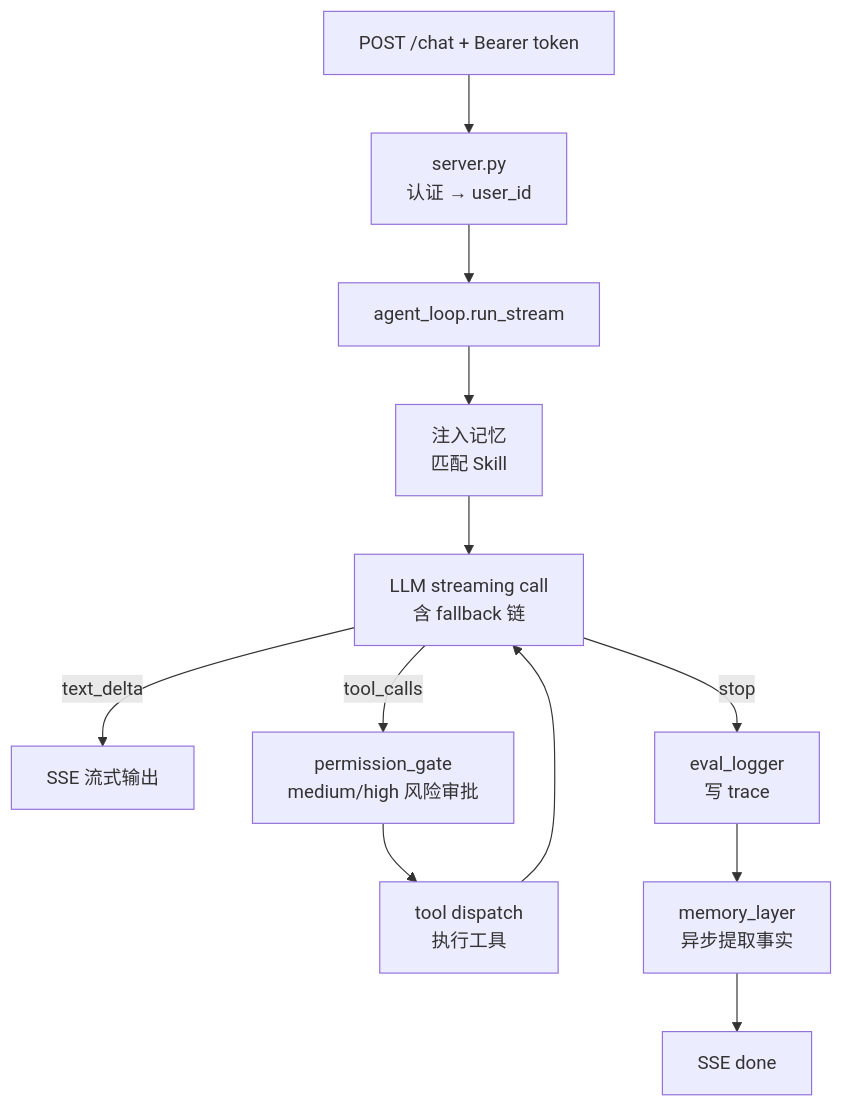
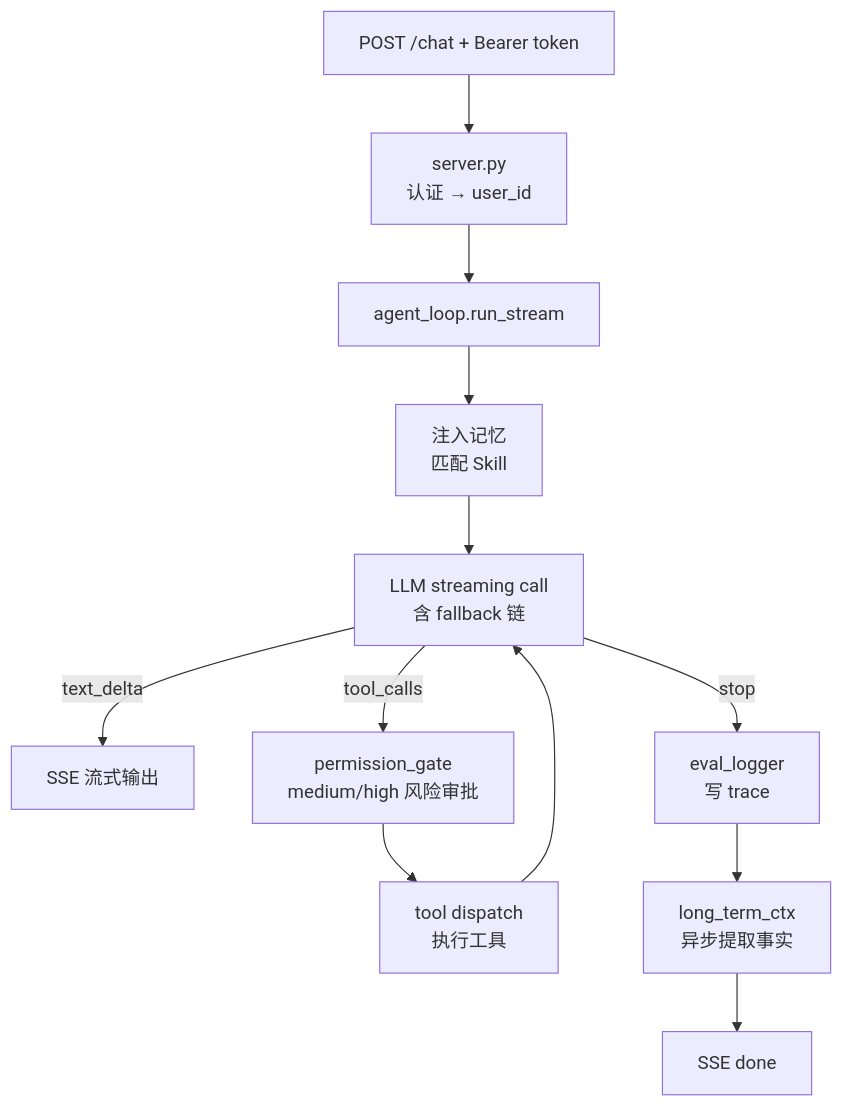
One commit to Summy2104/fleetent changed the second of 5 diagrams in docs/architecture.md. Above: the diagram before and after it, drawn with Mermaid. The commit also changed other lines of this file, not shown here.

First line of the commit message:
docs(architecture): sync stale references from this session's changes

````diff
--- a/docs/architecture.md
+++ b/docs/architecture.md
@@ -70,14 +70,14 @@
 ```mermaid
 flowchart TD
     A["POST /chat + Bearer token"] --> B["server.py\n认证 → user_id"]
     B --> C["agent_loop.run_stream"]
     C --> D["注入记忆\n匹配 Skill"]
     D --> E["LLM streaming call\n含 fallback 链"]
     E -->|text_delta| F["SSE 流式输出"]
     E -->|tool_calls| G["permission_gate\nmedium/high 风险审批"]
     G --> H["tool dispatch\n执行工具"]
     H --> E
     E -->|stop| I["eval_logger\n写 trace"]
-    I --> J["memory_layer\n异步提取事实"]
+    I --> J["long_term_ctx\n异步提取事实"]
     J --> K["SSE done"]
 ```
````
